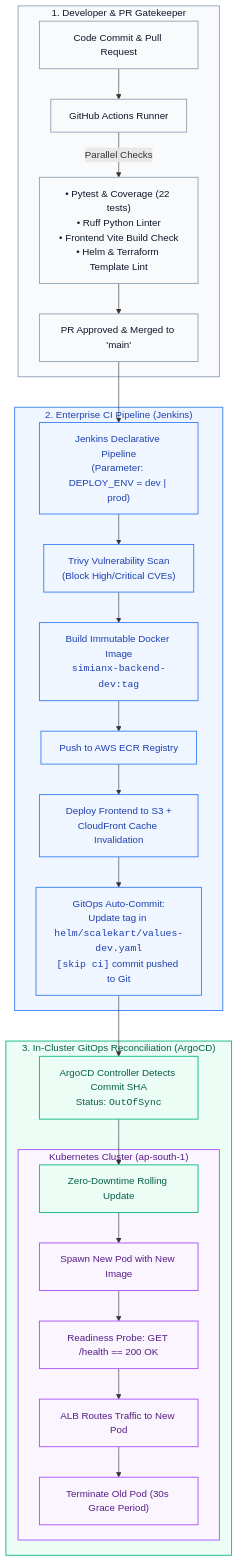
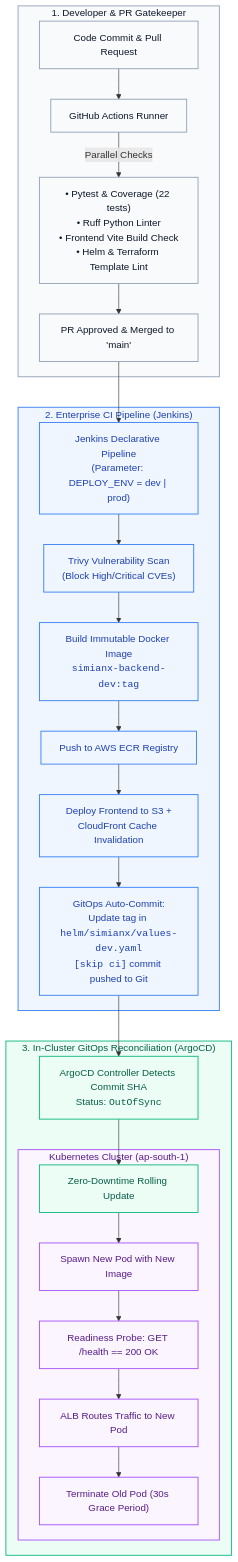
One commit to PrinceSah09/simianX changed the second of 3 diagrams in docs/GITOPS_CICD_PIPELINE.md. Above: the diagram before and after it, drawn with Mermaid. The commit also changed other lines of this file and 47 other files, not shown here.

````diff
--- a/docs/GITOPS_CICD_PIPELINE.md
+++ b/docs/GITOPS_CICD_PIPELINE.md
@@ -134,39 +134,39 @@
 ```mermaid
 flowchart TD
     subgraph Step1["1. Developer & PR Gatekeeper"]
         DevCode["Code Commit & Pull Request"] --> GHA["GitHub Actions Runner"]
         GHA -->|Parallel Checks| GHA_Checks["• Pytest & Coverage (22 tests)<br/>• Ruff Python Linter<br/>• Frontend Vite Build Check<br/>• Helm & Terraform Template Lint"]
         GHA_Checks --> PR_Merge["PR Approved & Merged to 'main'"]
     end
 
     subgraph Step2["2. Enterprise CI Pipeline (Jenkins)"]
         PR_Merge --> Jenkins["Jenkins Declarative Pipeline<br/>(Parameter: DEPLOY_ENV = dev | prod)"]
         Jenkins --> Trivy["Trivy Vulnerability Scan<br/>(Block High/Critical CVEs)"]
         Trivy --> BuildDocker["Build Immutable Docker Image<br/><code>simianx-backend-dev:tag</code>"]
         BuildDocker --> PushECR["Push to AWS ECR Registry"]
         PushECR --> SyncCDN["Deploy Frontend to S3 +<br/>CloudFront Cache Invalidation"]
-        SyncCDN --> GitCommit["GitOps Auto-Commit:<br/>Update tag in <code>helm/scalekart/values-dev.yaml</code><br/><code>[skip ci]</code> commit pushed to Git"]
+        SyncCDN --> GitCommit["GitOps Auto-Commit:<br/>Update tag in <code>helm/simianx/values-dev.yaml</code><br/><code>[skip ci]</code> commit pushed to Git"]
     end
 
     subgraph Step3["3. In-Cluster GitOps Reconciliation (ArgoCD)"]
         GitCommit --> ArgoDetect["ArgoCD Controller Detects Commit SHA<br/>Status: <code>OutOfSync</code>"]
         ArgoDetect --> Rollout["Zero-Downtime Rolling Update"]
         
         subgraph K8sRollout["Kubernetes Cluster (ap-south-1)"]
             Rollout --> NewPod["Spawn New Pod with New Image"]
             NewPod --> Probe["Readiness Probe: GET /health == 200 OK"]
             Probe --> Shift["ALB Routes Traffic to New Pod"]
             Shift --> Terminate["Terminate Old Pod (30s Grace Period)"]
         end
     end
 
     classDef dev fill:#f8fafc,stroke:#94a3b8,stroke-width:1.5px,color:#0f172a;
     classDef ci fill:#eff6ff,stroke:#3b82f6,stroke-width:1.5px,color:#1e40af;
     classDef cd fill:#ecfdf5,stroke:#10b981,stroke-width:1.5px,color:#065f46;
     classDef k8s fill:#faf5ff,stroke:#a855f7,stroke-width:1.5px,color:#581c87;
 
     class Step1,DevCode,GHA,GHA_Checks,PR_Merge dev;
     class Step2,Jenkins,Trivy,BuildDocker,PushECR,SyncCDN,GitCommit ci;
     class Step3,ArgoDetect,Rollout cd;
     class K8sRollout,NewPod,Probe,Shift,Terminate k8s;
 ```
````
